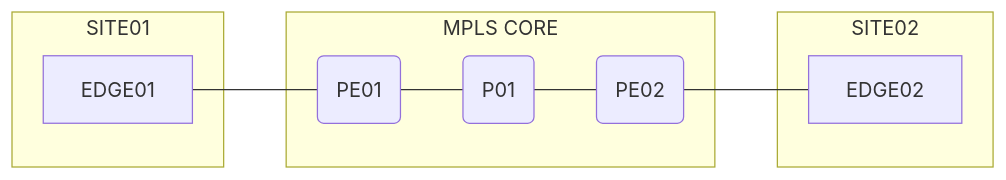
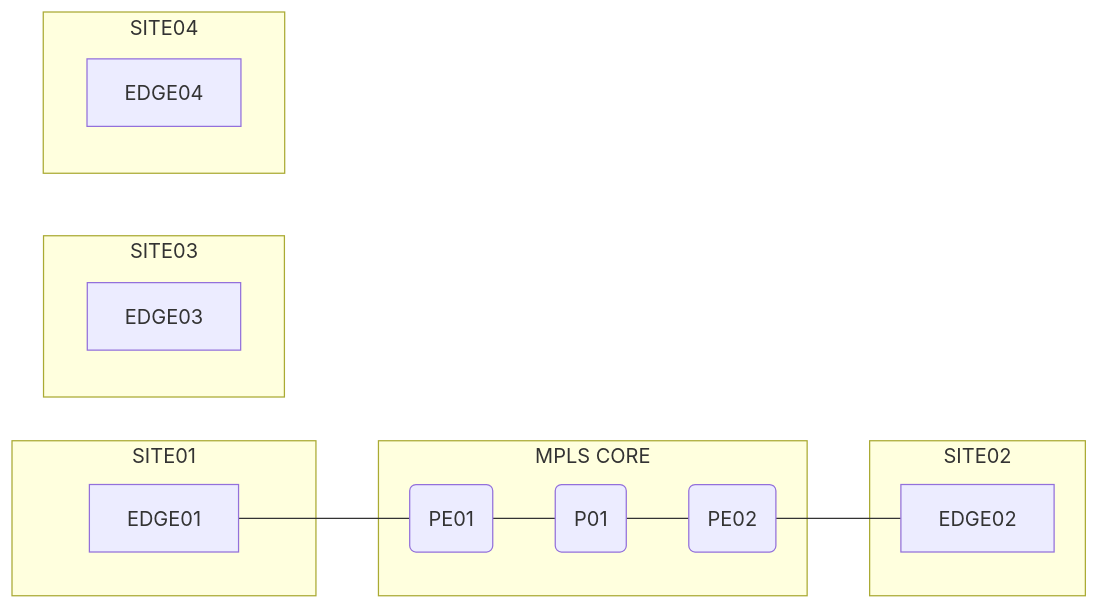
One commit to jnaranjom/iac_network_deployment changed the diagram in diagrams/network_diagram.md. Above: the diagram before and after it, drawn with Mermaid.

Commit message:
Update diagram MPLS VPN

````diff
--- a/diagrams/network_diagram.md
+++ b/diagrams/network_diagram.md
@@ -7,15 +7,21 @@
 ```mermaid
 flowchart LR
     subgraph SITE01
     A[EDGE01]
+    end
+    subgraph SITE03
+    F[EDGE03]
     end
     A[EDGE01] --- B(PE01)
     subgraph MPLS CORE
     B --- C(P01)
     C --- D(PE02)
     end
     D --- E[EDGE02]
     subgraph SITE02
     E[EDGE02]
     end
+    subgraph SITE04
+    G[EDGE04]
+    end
 ```
````
